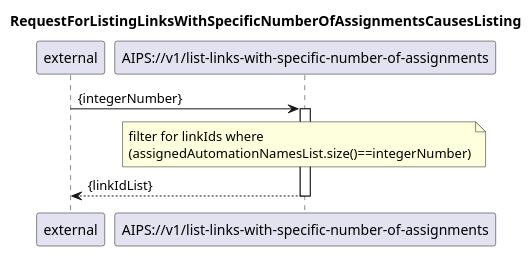
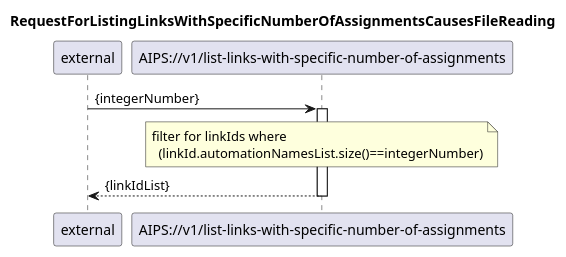
The diagram in diagrams/01 Automation management/109_listLinksWithSpecificNumberOfAssignments.plantuml (kmohr-soprasteria/AIPS_wip), drawn with PlantUML before and after one commit. The commit also changed 13 other files, not shown here.

Commit message:
modul 01 diagrams

```diff
--- a/diagrams/01 Automation management/109_listLinksWithSpecificNumberOfAssignments.plantuml
+++ b/diagrams/01 Automation management/109_listLinksWithSpecificNumberOfAssignments.plantuml
@@ -1,23 +1,23 @@
 @startuml 109_listLinksWithSpecificNumberOfAssignments
 skinparam responseMessageBelowArrow true
 
 title
-RequestForListingLinksWithSpecificNumberOfAssignmentsCausesListing
+RequestForListingLinksWithSpecificNumberOfAssignmentsCausesFileReading
 end title
 
 participant "external" as requestor
 participant "AIPS://v1/list-links-with-specific-number-of-assignments" as listLinks
 
 requestor -> listLinks: {integerNumber}
 activate listLinks
 
 note over listLinks
   filter for linkIds where
-  (assignedAutomationNamesList.size()==integerNumber)
+    (linkId.automationNamesList.size()==integerNumber)
 end note
 
 listLinks --> requestor: {linkIdList}
 
 deactivate listLinks
 
 @enduml
```
